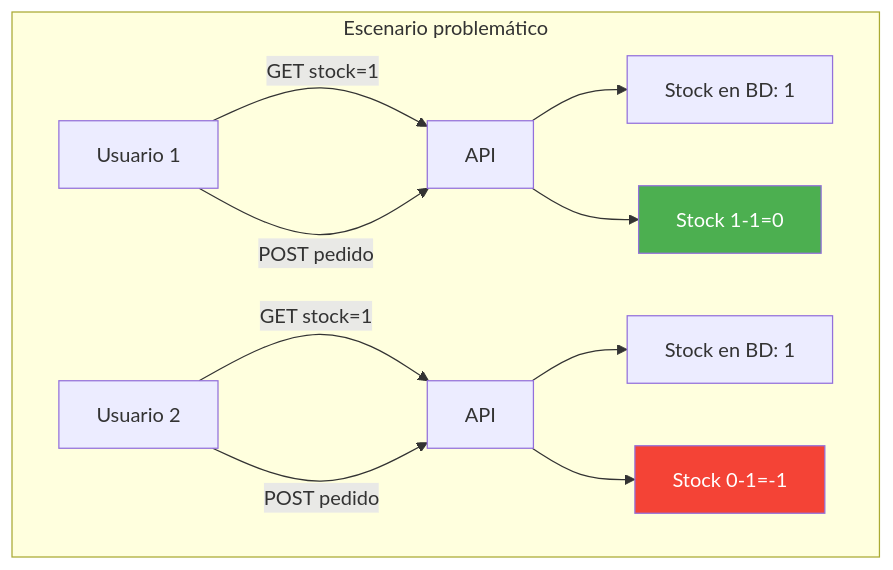
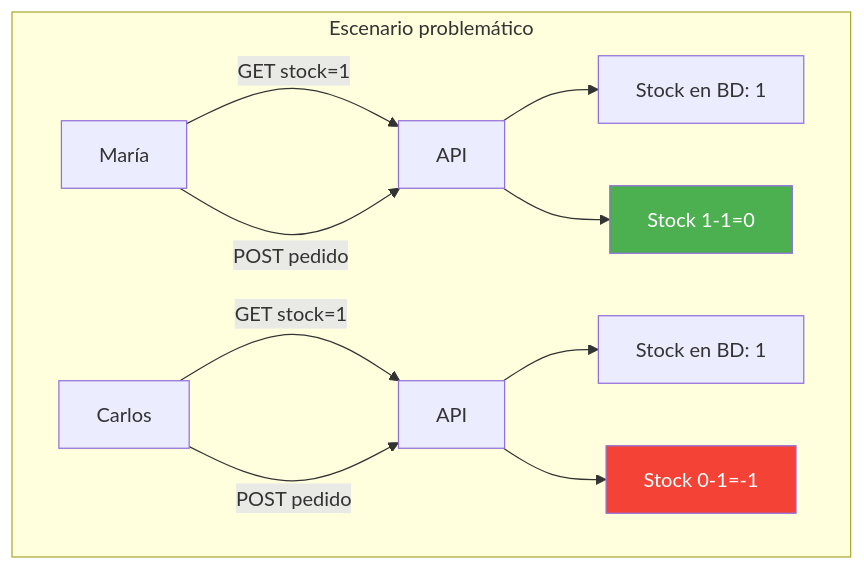
Before and after one commit to joseluisgs/DesarrolloWebEntornosServidor-02-2026-2027: the first of 11 diagrams in 15-transacciones-identificadores.md, drawn with Mermaid. The commit also changed other lines of this file, not shown here.

Commit message:
docs: reescribir la introduccion de la concurrencia como historia (Maria y Carlos) y explicar ACID con promesas

````diff
--- a/15-transacciones-identificadores.md
+++ b/15-transacciones-identificadores.md
@@ -42,15 +55,15 @@
 ```mermaid
 flowchart TD
     subgraph "Escenario problemático"
-        U1["Usuario 1"] -->|GET stock=1| API1["API"]
-        U2["Usuario 2"] -->|GET stock=1| API2["API"]
+        U1["María"] -->|GET stock=1| API1["API"]
+        U2["Carlos"] -->|GET stock=1| API2["API"]
         API1 --> S1["Stock en BD: 1"]
         API2 --> S2["Stock en BD: 1"]
         U1 -->|POST pedido| API1
         U2 -->|POST pedido| API2
         API1 --> D1["Stock 1-1=0"]
         API2 --> D2["Stock 0-1=-1"]
     end
     style D1 fill:#4CAF50,color:#fff
     style D2 fill:#F44336,color:#fff
 ```
````
